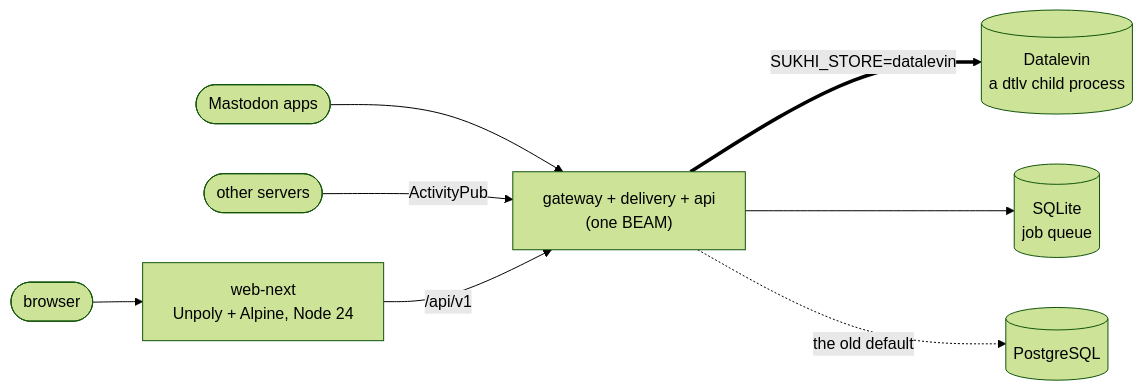
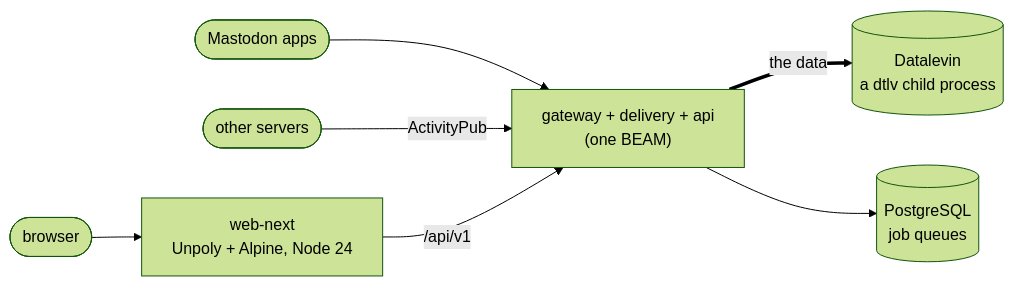
The diagram in docs/DEVELOPING.md (sukhi-social/sukhi-fedi), drawn with Mermaid (forest theme) before and after one commit. The commit also changed other lines of this file and 238 other files, not shown here.

First line of the commit message:
store: Datalevin only; queues and raw blobs on PostgreSQL; pgrust for tests

````diff
--- a/docs/DEVELOPING.md
+++ b/docs/DEVELOPING.md
@@ -21,10 +21,9 @@
 ```mermaid
 flowchart LR
     B([browser]) --> W["web-next<br/>Unpoly + Alpine, Node 24"]
     A([Mastodon apps]) --> G
     O([other servers]) -- "ActivityPub" --> G
     W -- "/api/v1" --> G["gateway + delivery + api<br/>(one BEAM)"]
-    G == "SUKHI_STORE=datalevin" ==> D[("Datalevin<br/>a dtlv child process")]
-    G --> Q[("SQLite<br/>job queue")]
-    G -. "the old default" .-> P[("PostgreSQL")]
+    G == "the data" ==> D[("Datalevin<br/>a dtlv child process")]
+    G --> Q[("PostgreSQL<br/>job queues")]
 ```
````
